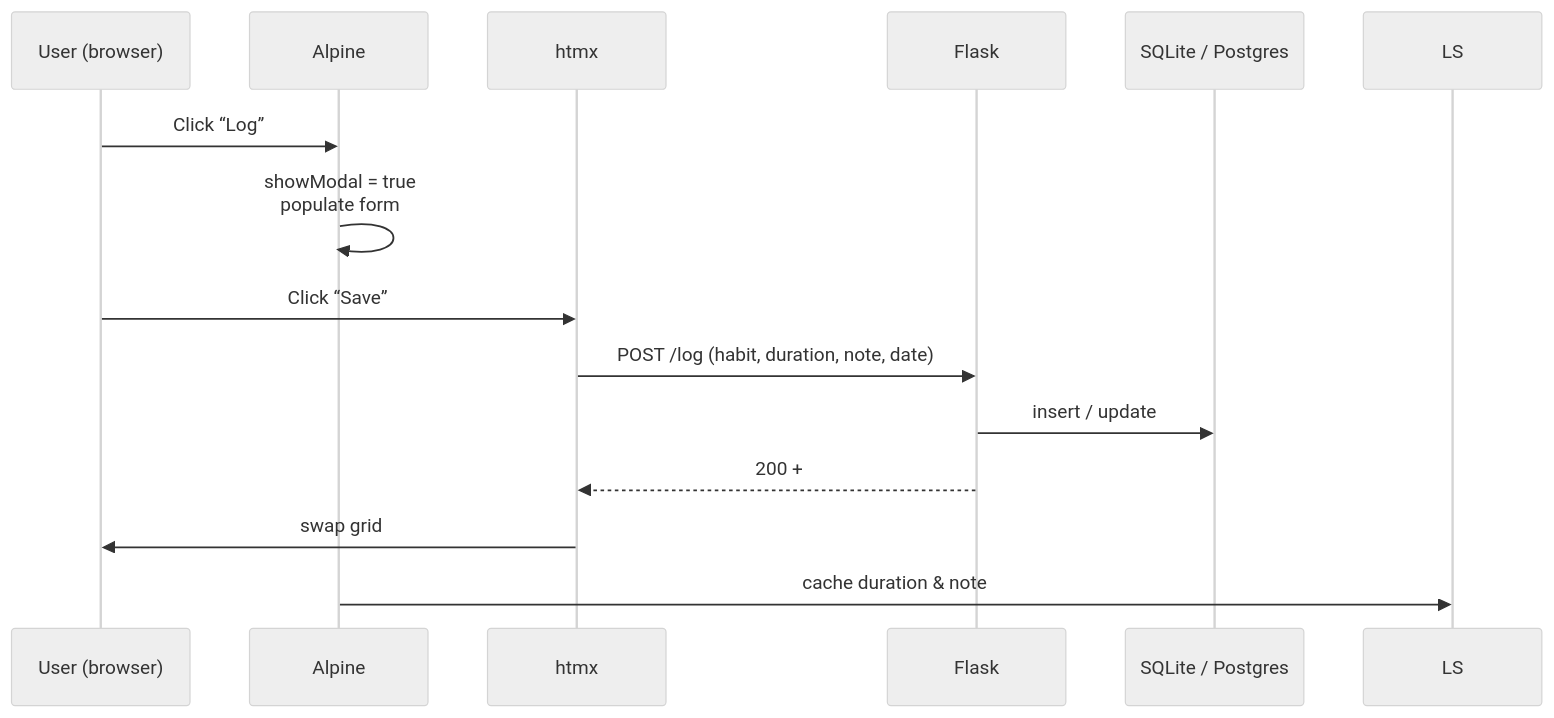
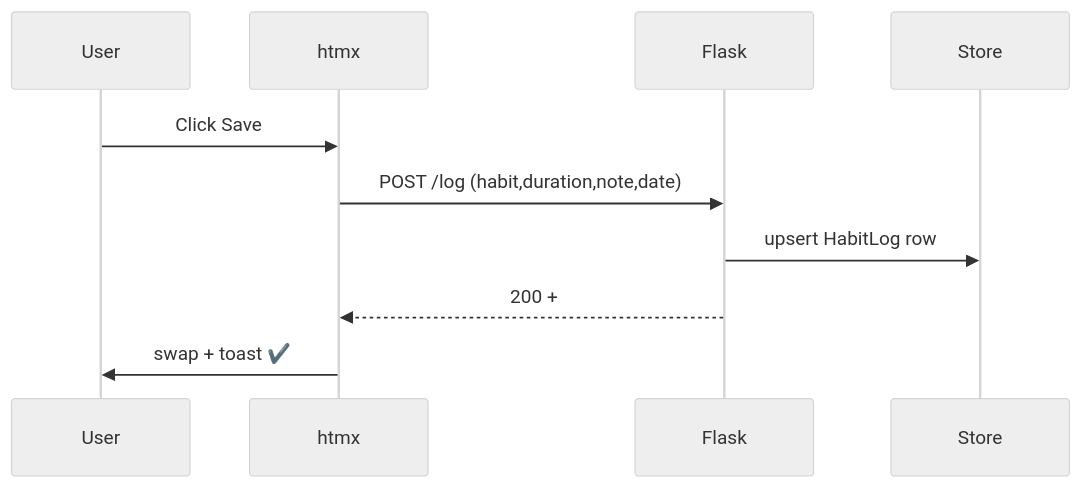
One commit to jake0lawrence/habit-tracker changed the first of 2 diagrams in docs/architecture.md. Above: the diagram before and after it, drawn with Mermaid (neutral theme). The commit also changed other lines of this file, not shown here.

````diff
--- a/docs/architecture.md
+++ b/docs/architecture.md
@@ -73,17 +98,12 @@
 ```mermaid
 sequenceDiagram
-  participant U as User (browser)
-  participant A as Alpine
+  participant U as User
   participant H as htmx
   participant F as Flask
-  participant DB as SQLite / Postgres
-
-  U->>A: Click “Log”
-  A->>A: showModal = true<br/>populate form
-  U->>H: Click “Save”
-  H->>F: POST /log (habit, duration, note, date)
-  F->>DB: insert / update
+  participant DB as Store
+  U->>H: Click Save
+  H->>F: POST /log (habit,duration,note,date)
+  F->>DB: upsert HabitLog row
   F-->>H: 200 + #habit-grid HTML
-  H->>U: swap grid
-  A->>LS: cache duration & note
+  H->>U: swap + toast ✔️
 ```
````
